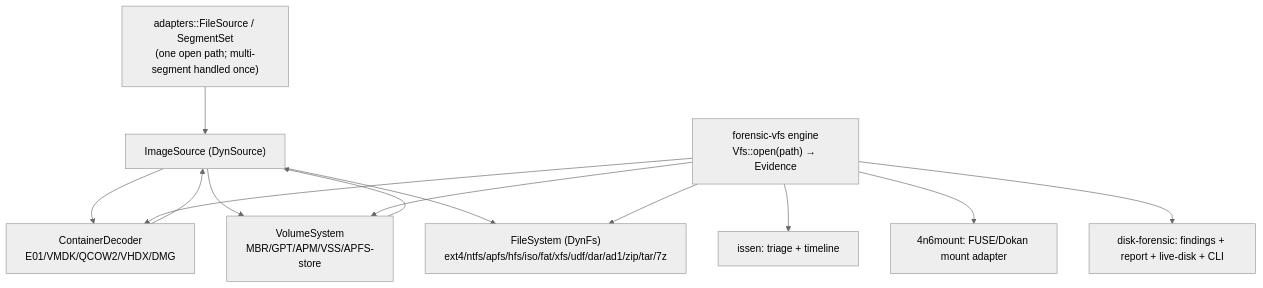
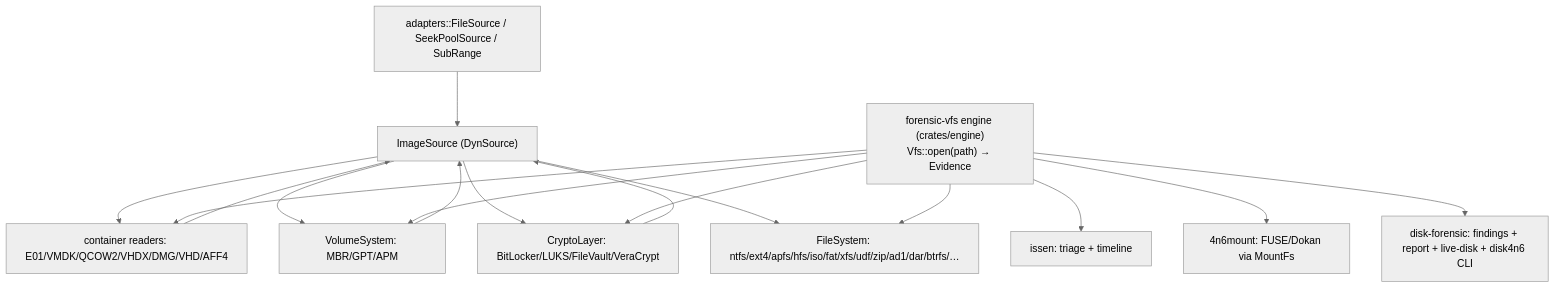
The diagram in docs/plans/fleet-vfs-consolidation.md (jwu29/issen), drawn with Mermaid (neutral theme) before and after one commit. The commit also changed other lines of this file, not shown here.

First line of the commit message:
docs(plan): rewrite VFS consolidation → current-state migration handoff

````diff
--- a/docs/plans/fleet-vfs-consolidation.md
+++ b/docs/plans/fleet-vfs-consolidation.md
@@ -40,15 +39,18 @@
 ```mermaid
 flowchart TD
-    A["adapters::FileSource / SegmentSet<br/>(one open path; multi-segment handled once)"] --> B["ImageSource (DynSource)"]
-    B --> C["ContainerDecoder<br/>E01/VMDK/QCOW2/VHDX/DMG"]
+    A["adapters::FileSource / SeekPoolSource / SubRange"] --> B["ImageSource (DynSource)"]
+    B --> C["container readers: E01/VMDK/QCOW2/VHDX/DMG/VHD/AFF4"]
     C --> B
-    B --> D["VolumeSystem<br/>MBR/GPT/APM/VSS/APFS-store"]
+    B --> D["VolumeSystem: MBR/GPT/APM"]
     D --> B
-    B --> E["FileSystem (DynFs)<br/>ext4/ntfs/apfs/hfs/iso/fat/xfs/udf/dar/ad1/zip/tar/7z"]
-    F["forensic-vfs engine<br/>Vfs::open(path) → Evidence"] --> C
+    B --> K["CryptoLayer: BitLocker/LUKS/FileVault/VeraCrypt"]
+    K --> B
+    B --> E["FileSystem: ntfs/ext4/apfs/hfs/iso/fat/xfs/udf/zip/ad1/dar/btrfs/…"]
+    F["forensic-vfs engine (crates/engine)<br/>Vfs::open(path) → Evidence"] --> C
     F --> D
+    F --> K
     F --> E
     F --> G["issen: triage + timeline"]
-    F --> H["4n6mount: FUSE/Dokan mount adapter"]
-    F --> I["disk-forensic: findings + report + live-disk + CLI"]
+    F --> H["4n6mount: FUSE/Dokan via MountFs"]
+    F --> I["disk-forensic: findings + report + live-disk + disk4n6 CLI"]
 ```
````
